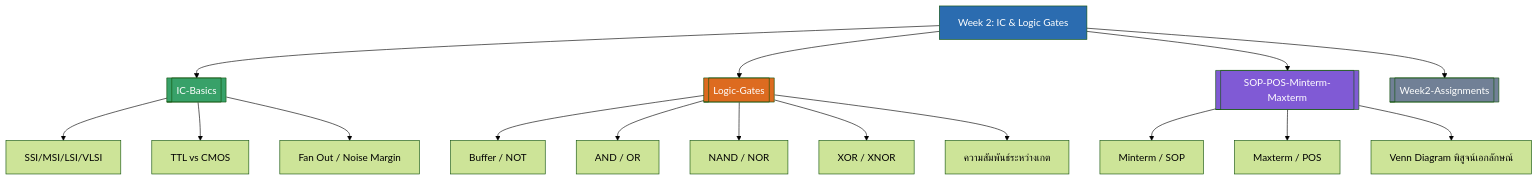
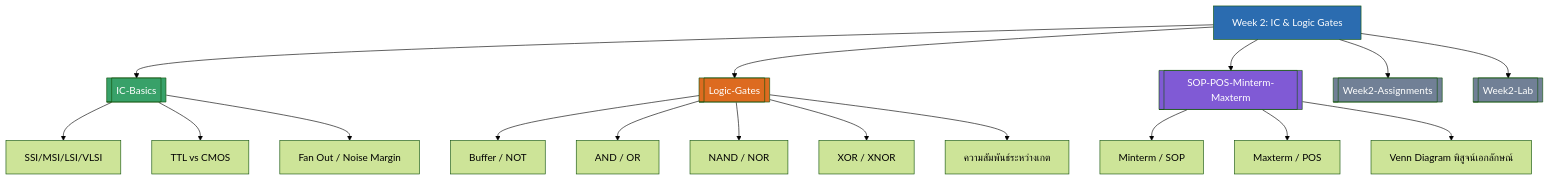
Before and after one commit to PhuriphatTyPeZ3r0/Course-1322201-Digital-Logic-Design-2026: the diagram in 01_Lectures/Week2/Week2-MOC.md, drawn with Mermaid (forest theme). The commit also changed other lines of this file and 2 other files, not shown here.

Commit message:
feat: add Week2 summary and lab report, reformat to project template
Fill in Week2-Summary.md and Week2-Lab.md using the existing Week1
frontmatter/wikilink/callout template, cross-referencing detail notes
instead of duplicating content. Link Week2-Lab from Week2-MOC.

````diff
--- a/01_Lectures/Week2/Week2-MOC.md
+++ b/01_Lectures/Week2/Week2-MOC.md
@@ -34,27 +34,29 @@
 ```mermaid
 graph TD
     MOC[Week 2: IC & Logic Gates] --> A[[IC-Basics]]
     MOC --> B[[Logic-Gates]]
     MOC --> C[[SOP-POS-Minterm-Maxterm]]
     MOC --> D[[Week2-Assignments]]
+    MOC --> E[[Week2-Lab]]
 
     A --> A1[SSI/MSI/LSI/VLSI]
     A --> A2[TTL vs CMOS]
     A --> A3[Fan Out / Noise Margin]
 
     B --> B1[Buffer / NOT]
     B --> B2[AND / OR]
     B --> B3[NAND / NOR]
     B --> B4[XOR / XNOR]
     B --> B5[ความสัมพันธ์ระหว่างเกต]
 
     C --> C1[Minterm / SOP]
     C --> C2[Maxterm / POS]
     C --> C3[Venn Diagram พิสูจน์เอกลักษณ์]
 
     style MOC fill:#2b6cb0,color:#fff
     style A fill:#38a169,color:#fff
     style B fill:#dd6b20,color:#fff
     style C fill:#805ad5,color:#fff
     style D fill:#718096,color:#fff
+    style E fill:#718096,color:#fff
 ```
````
